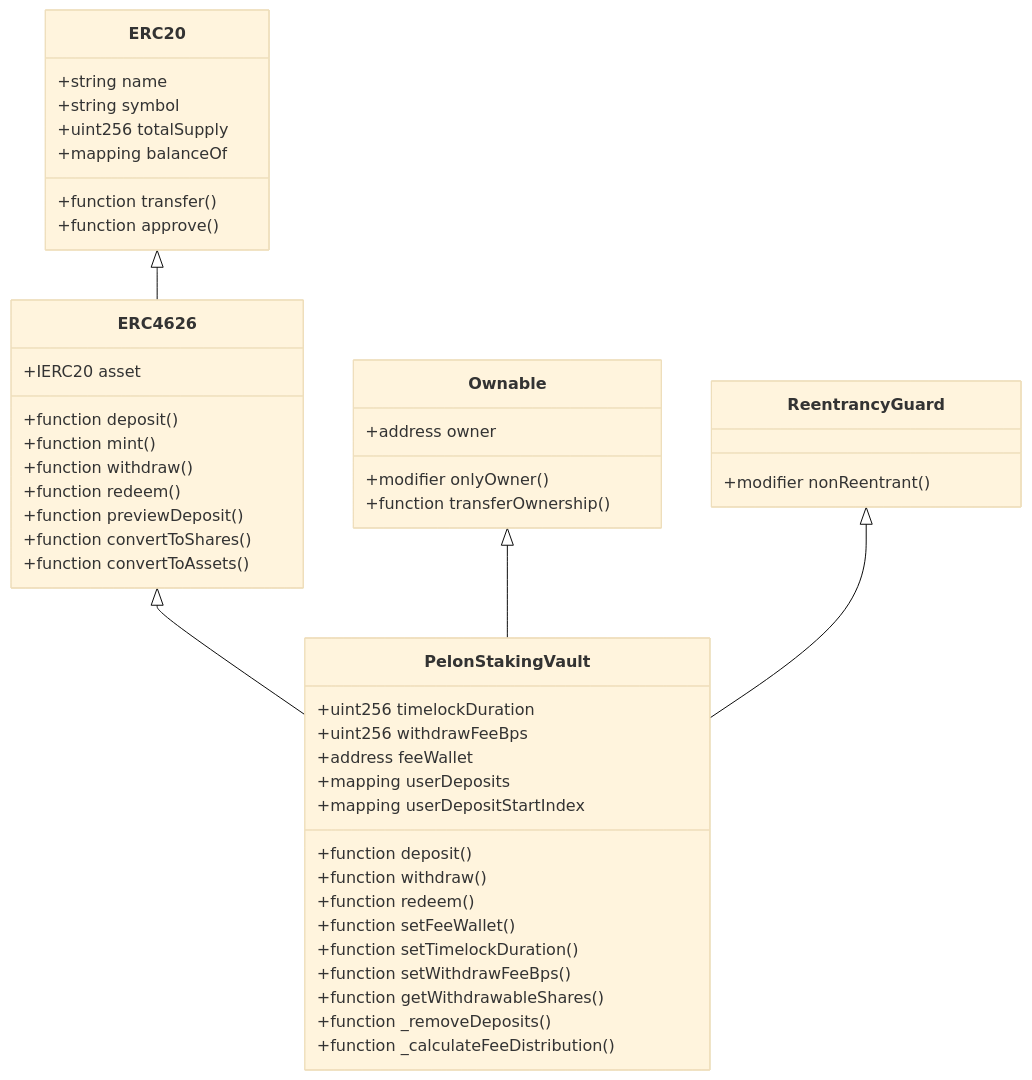
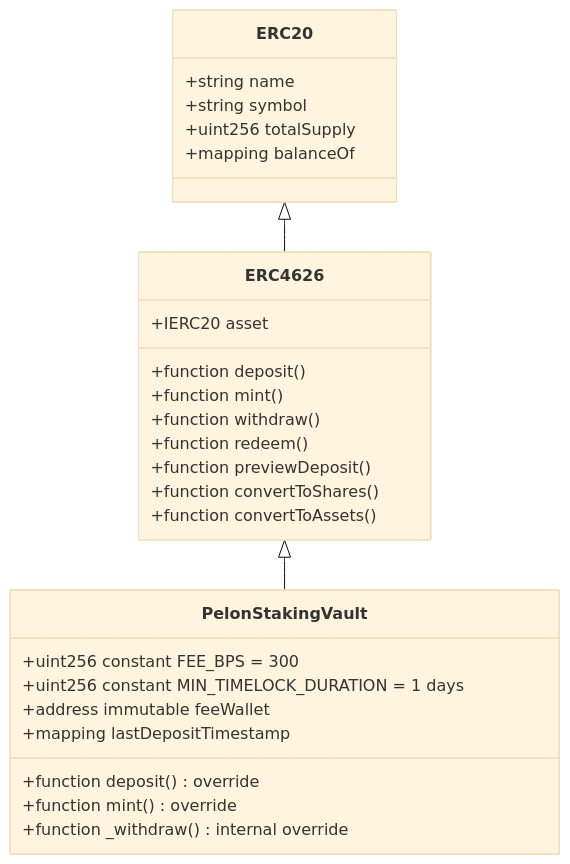
Before and after one commit to PelonClub/PelonClub-BaseNetwork-Monorepo: the first of 3 diagrams in docs/en/pelon-staking-vault-security-analysis.md, drawn with Mermaid (base theme). The commit also changed other lines of this file and 9 other files, not shown here.

````diff
--- a/docs/en/pelon-staking-vault-security-analysis.md
+++ b/docs/en/pelon-staking-vault-security-analysis.md
@@ -571,54 +31,33 @@
 ```mermaid
 classDiagram
     class ERC20 {
         +string name
         +string symbol
         +uint256 totalSupply
         +mapping balanceOf
-        +function transfer()
-        +function approve()
     }
     
     class ERC4626 {
         +IERC20 asset
         +function deposit()
         +function mint()
         +function withdraw()
         +function redeem()
         +function previewDeposit()
         +function convertToShares()
         +function convertToAssets()
     }
     
-    class Ownable {
-        +address owner
-        +modifier onlyOwner()
-        +function transferOwnership()
-    }
-    
-    class ReentrancyGuard {
-        +modifier nonReentrant()
-    }
-    
     class PelonStakingVault {
-        +uint256 timelockDuration
-        +uint256 withdrawFeeBps
-        +address feeWallet
-        +mapping userDeposits
-        +mapping userDepositStartIndex
-        +function deposit()
-        +function withdraw()
-        +function redeem()
-        +function setFeeWallet()
-        +function setTimelockDuration()
-        +function setWithdrawFeeBps()
-        +function getWithdrawableShares()
-        +function _removeDeposits()
-        +function _calculateFeeDistribution()
+        +uint256 constant FEE_BPS = 300
+        +uint256 constant MIN_TIMELOCK_DURATION = 1 days
+        +address immutable feeWallet
+        +mapping lastDepositTimestamp
+        +function deposit() override
+        +function mint() override
+        +function _withdraw() internal override
     }
     
     ERC20 <|-- ERC4626
     ERC4626 <|-- PelonStakingVault
-    Ownable <|-- PelonStakingVault
-    ReentrancyGuard <|-- PelonStakingVault
 ```
````
